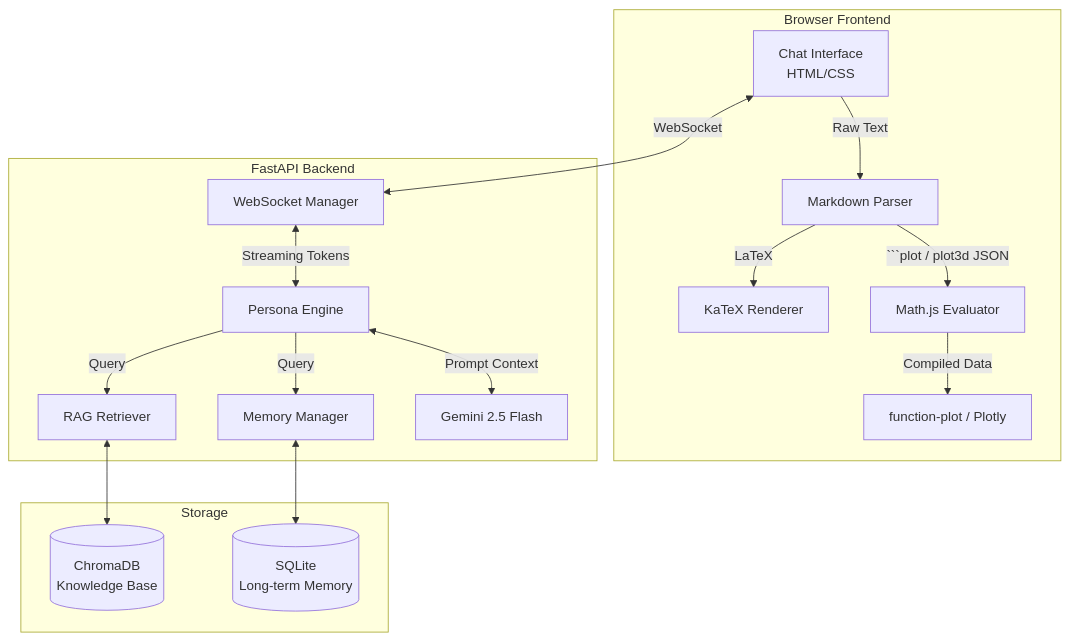
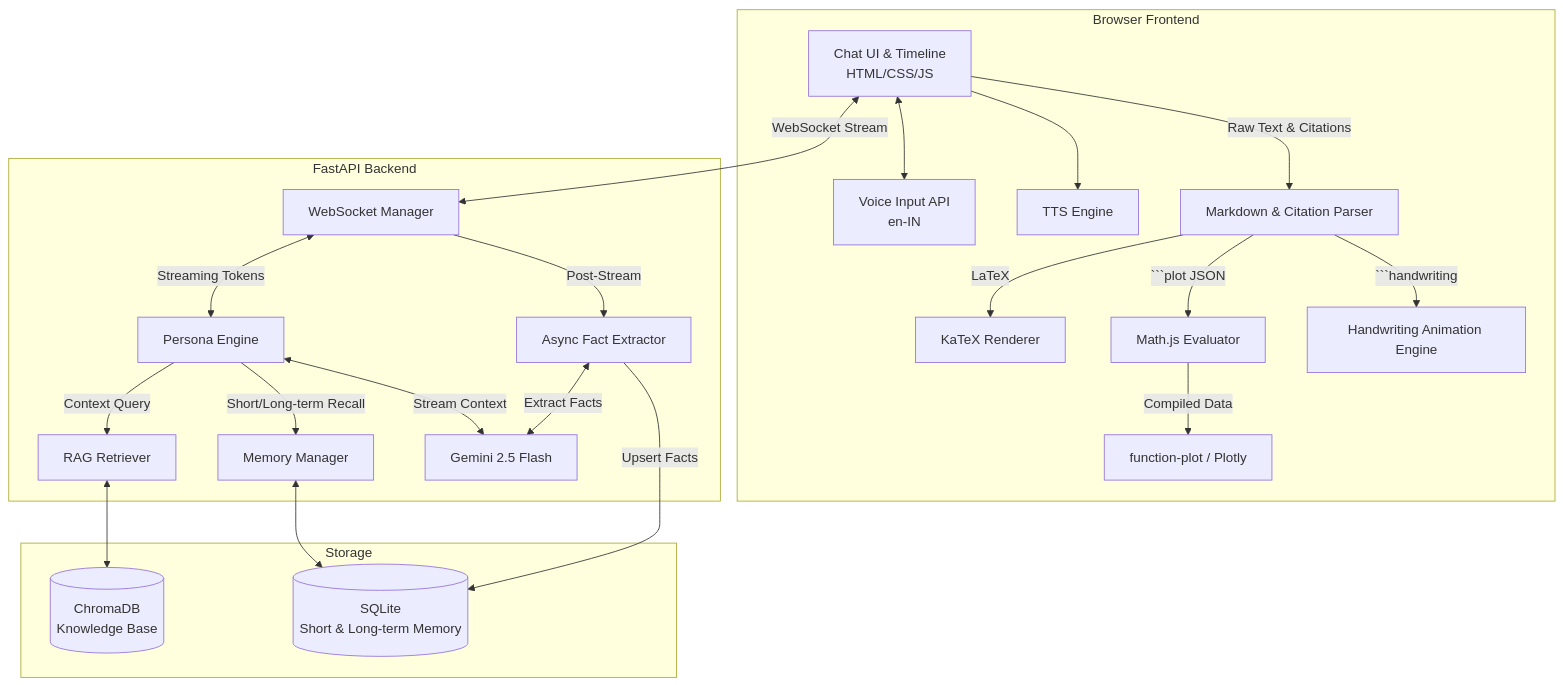
One commit to MAsTeRlssPd/ramanujan-digital-twin changed the diagram in DESIGN_DECISIONS.md. Above: the diagram before and after it, drawn with Mermaid. The commit also changed other lines of this file and 5 other files, not shown here.

Commit message:
feat: Add voice I/O, handwriting canvas rendering, inline citations, and update architecture documents

````diff
--- a/DESIGN_DECISIONS.md
+++ b/DESIGN_DECISIONS.md
@@ -7,38 +7,48 @@
 ```mermaid
 flowchart TD
     subgraph Frontend [Browser Frontend]
-        UI[Chat Interface\nHTML/CSS]
-        Parser[Markdown Parser]
+        UI[Chat UI & Timeline\nHTML/CSS/JS]
+        VoiceIn[Voice Input API\nen-IN]
+        VoiceOut[TTS Engine]
+        Parser[Markdown & Citation Parser]
         MathRender[KaTeX Renderer]
         GraphRender[function-plot / Plotly]
         MathJS[Math.js Evaluator]
+        Canvas[Handwriting Animation Engine]
         
-        UI -->|Raw Text| Parser
+        UI <--> VoiceIn
+        UI --> VoiceOut
+        UI -->|Raw Text & Citations| Parser
         Parser -->|LaTeX| MathRender
-        Parser -->|```plot / plot3d JSON| MathJS
+        Parser -->|```plot JSON| MathJS
+        Parser -->|```handwriting| Canvas
         MathJS -->|Compiled Data| GraphRender
     end
 
     subgraph Backend [FastAPI Backend]
         WS[WebSocket Manager]
         Persona[Persona Engine]
         RAG[RAG Retriever]
         MemMgr[Memory Manager]
+        Extractor[Async Fact Extractor]
         LLM[Gemini 2.5 Flash]
         
         WS <-->|Streaming Tokens| Persona
-        Persona -->|Query| RAG
-        Persona -->|Query| MemMgr
-        Persona <-->|Prompt Context| LLM
+        Persona -->|Context Query| RAG
+        Persona -->|Short/Long-term Recall| MemMgr
+        Persona <-->|Stream Context| LLM
+        WS -->|Post-Stream| Extractor
+        Extractor <-->|Extract Facts| LLM
     end
 
     subgraph Data [Storage]
         Chroma[(ChromaDB\nKnowledge Base)]
-        SQLite[(SQLite\nLong-term Memory)]
+        SQLite[(SQLite\nShort & Long-term Memory)]
         
         RAG <--> Chroma
         MemMgr <--> SQLite
+        Extractor -->|Upsert Facts| SQLite
     end
 
-    UI <-->|WebSocket| WS
+    UI <-->|WebSocket Stream| WS
 ```
````
